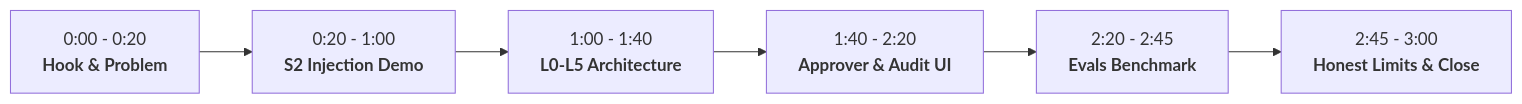
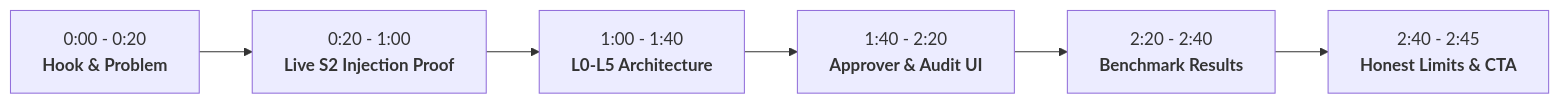
The diagram in docs/DEMO_SCRIPT.md (Dev-43/Paypal), drawn with Mermaid before and after one commit. The commit also changed other lines of this file, not shown here.

Commit message:
docs: Format demo script following demo-video-playbook standard

````diff
--- a/docs/DEMO_SCRIPT.md
+++ b/docs/DEMO_SCRIPT.md
@@ -9,8 +49,8 @@
 ```mermaid
 flowchart LR
-    A["0:00 - 0:20<br><b>Hook & Problem</b>"] --> B["0:20 - 1:00<br><b>S2 Injection Demo</b>"]
+    A["0:00 - 0:20<br><b>Hook & Problem</b>"] --> B["0:20 - 1:00<br><b>Live S2 Injection Proof</b>"]
     B --> C["1:00 - 1:40<br><b>L0-L5 Architecture</b>"]
     C --> D["1:40 - 2:20<br><b>Approver & Audit UI</b>"]
-    D --> E["2:20 - 2:45<br><b>Evals Benchmark</b>"]
-    E --> F["2:45 - 3:00<br><b>Honest Limits & Close</b>"]
+    D --> E["2:20 - 2:40<br><b>Benchmark Results</b>"]
+    E --> F["2:40 - 2:45<br><b>Honest Limits & CTA</b>"]
 ```
````
